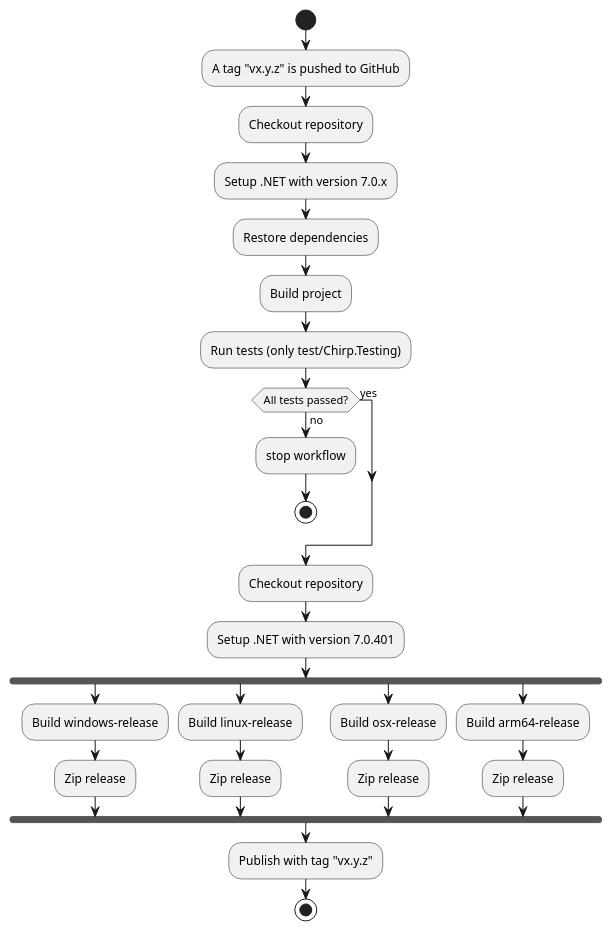
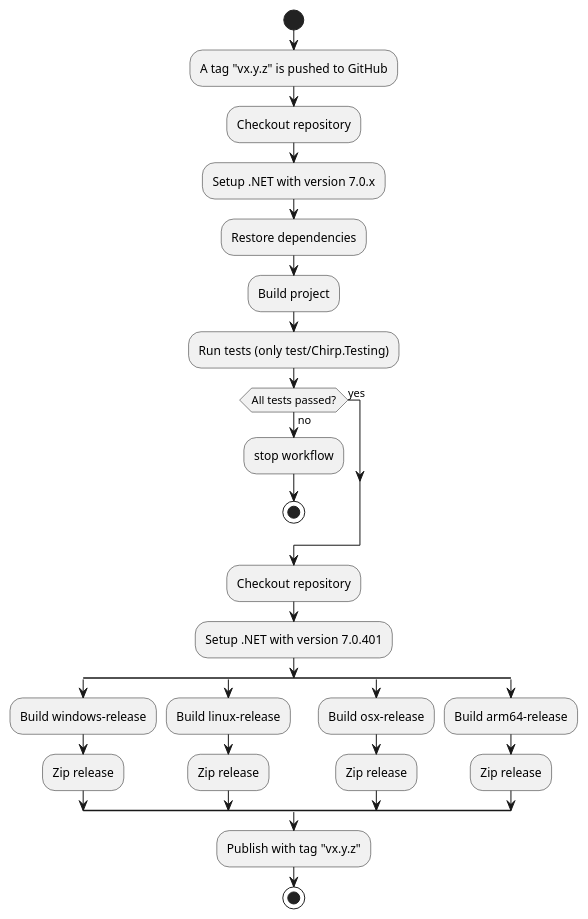
The diagram in docs/autorelease.pu (ITU-BDSA23-GROUP15/Chirp), drawn with PlantUML before and after one commit.

Commit message:
change fork to split

```diff
--- a/docs/autorelease.pu
+++ b/docs/autorelease.pu
@@ -1,34 +1,34 @@
 @startuml Autorelease
 start
 :A tag "vx.y.z" is pushed to GitHub;
 :Checkout repository;
 :Setup .NET with version 7.0.x;
 :Restore dependencies;
 :Build project;
 :Run tests (only test/Chirp.Testing);
 
 if (All tests passed?) then (yes)
 else (no)
 	:stop workflow;
 	stop
 endif
 
 :Checkout repository;
 :Setup .NET with version 7.0.401;
-fork
+split
 	:Build windows-release;
 	:Zip release;
-fork again
+split again
 	:Build linux-release;
 	:Zip release;
-	fork again
+	split again
 	:Build osx-release;
 	:Zip release;
-	fork again
+	split again
 	:Build arm64-release;
 	:Zip release;
-end fork
+end split
 :Publish with tag "vx.y.z";
 
 stop
 @enduml
```
